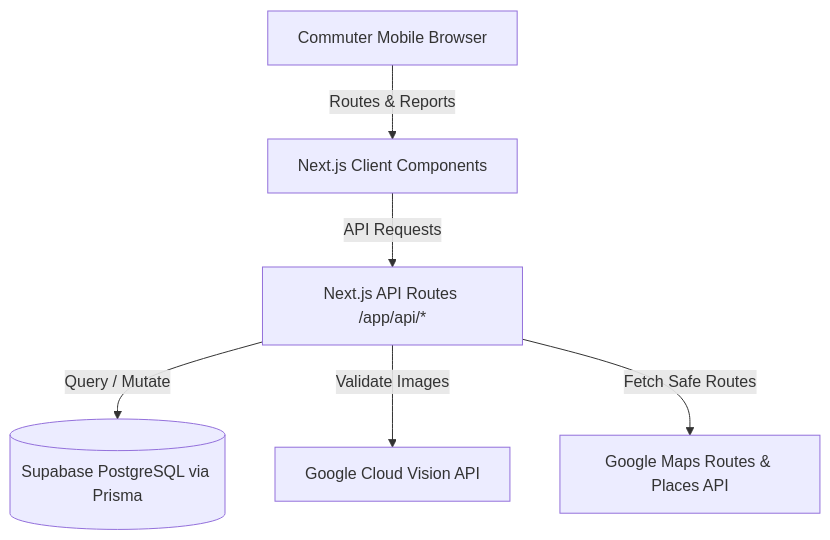
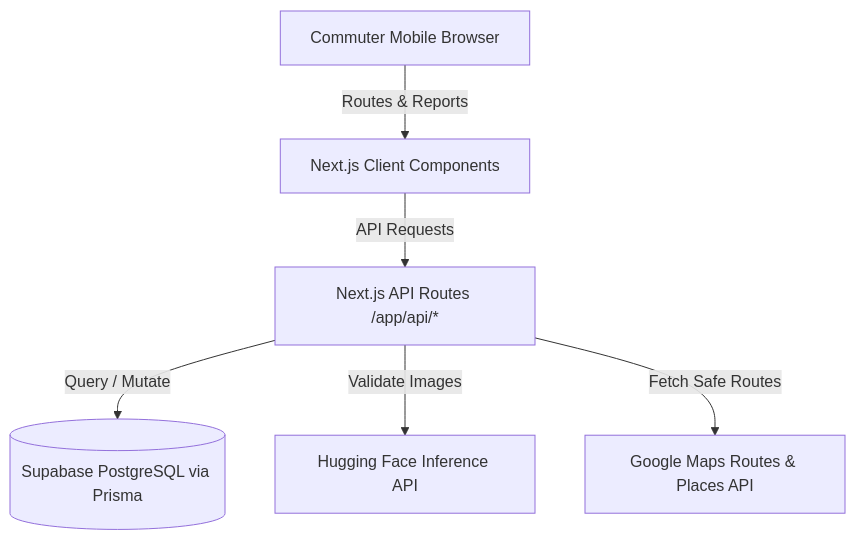
Before and after one commit to JJ-l4lbs/Ligtas-Larga: the first of 2 diagrams in Architecture.md, drawn with Mermaid. The commit also changed other lines of this file and 7 other files, not shown here.

Commit message:
Refactor image verification API from Google Cloud Vision to Hugging Face Inference API

````diff
--- a/Architecture.md
+++ b/Architecture.md
@@ -16,8 +16,8 @@
 ```mermaid
 graph TD
     User[Commuter Mobile Browser] -->|Routes & Reports| FE[Next.js Client Components]
     FE -->|API Requests| BE[Next.js API Routes /app/api/*]
     BE -->|Query / Mutate| DB[(Supabase PostgreSQL via Prisma)]
-    BE -->|Validate Images| VisionAPI[Google Cloud Vision API]
+    BE -->|Validate Images| VisionAPI[Hugging Face Inference API]
     BE -->|Fetch Safe Routes| MapsAPI[Google Maps Routes & Places API]
 ```
````
